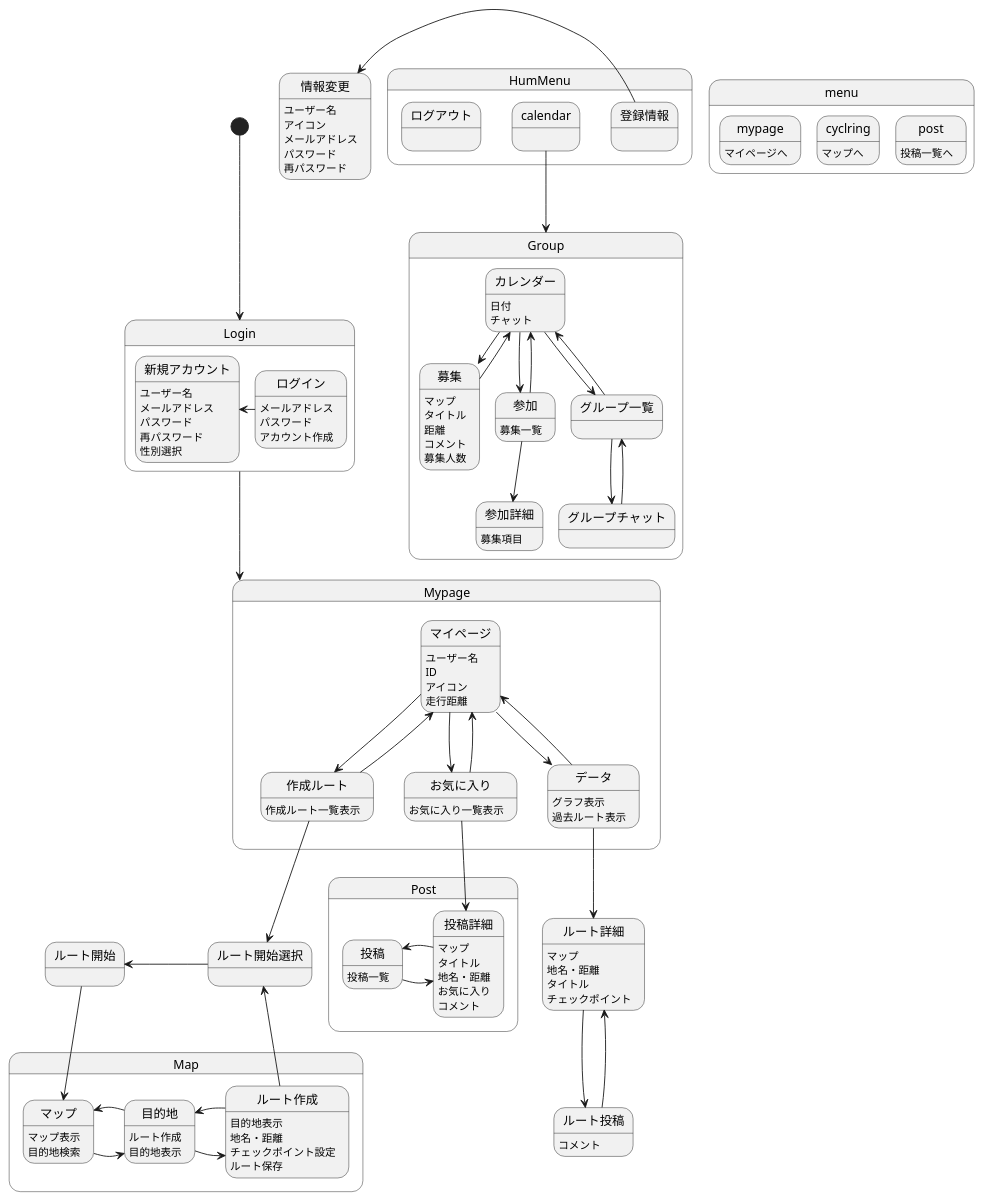
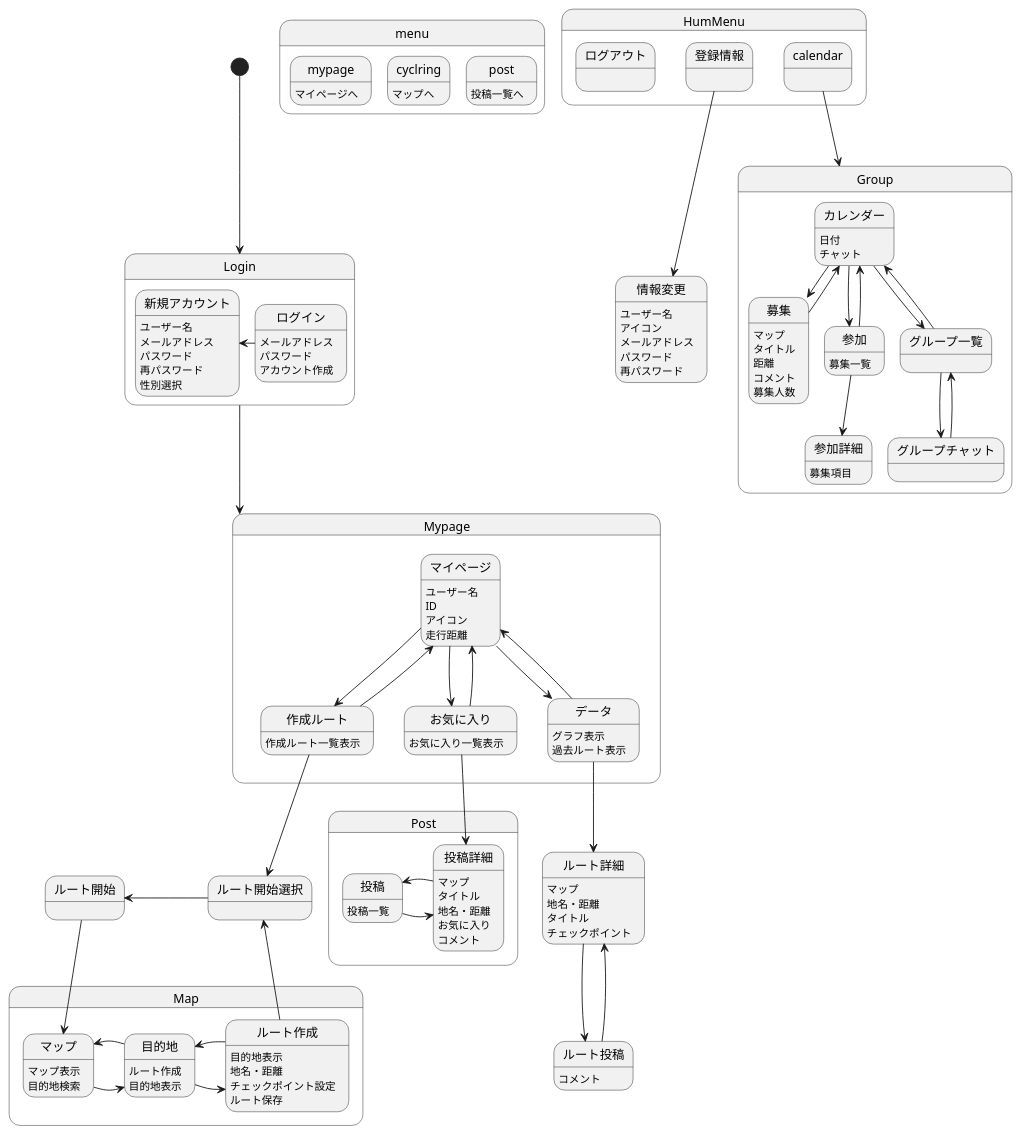
The diagram in 画面遷移図/gm.md (AsoSD3A3/CyclingSystem), drawn with PlantUML before and after one commit.

```diff
--- a/画面遷移図/gm.md
+++ b/画面遷移図/gm.md
@@ -13,7 +13,7 @@
 ログアウト:
 }
 
-登録情報-left->情報変更
+登録情報-down->情報変更
 情報変更:ユーザー名
 情報変更:アイコン
 情報変更:メールアドレス
```
